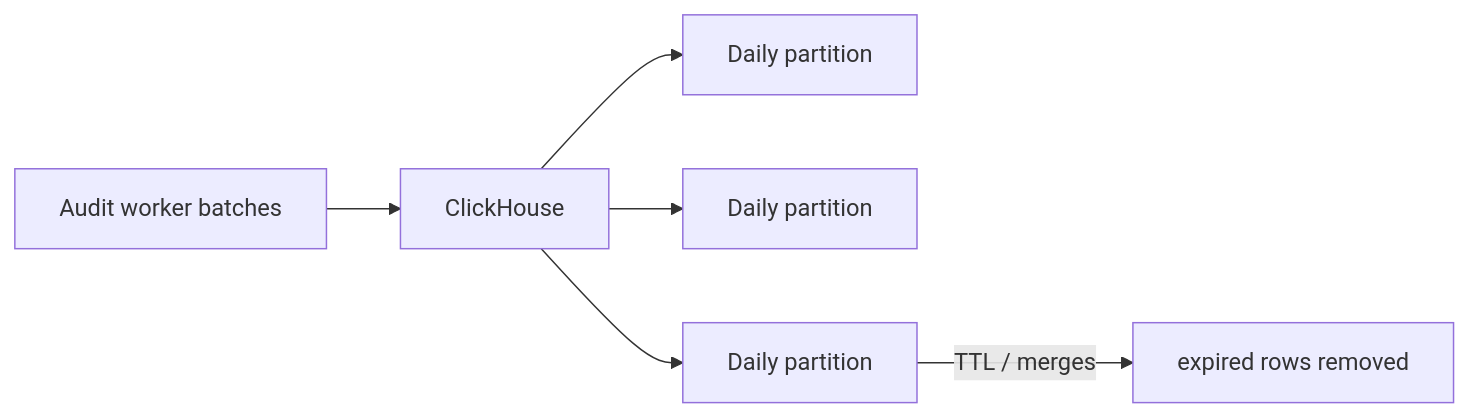
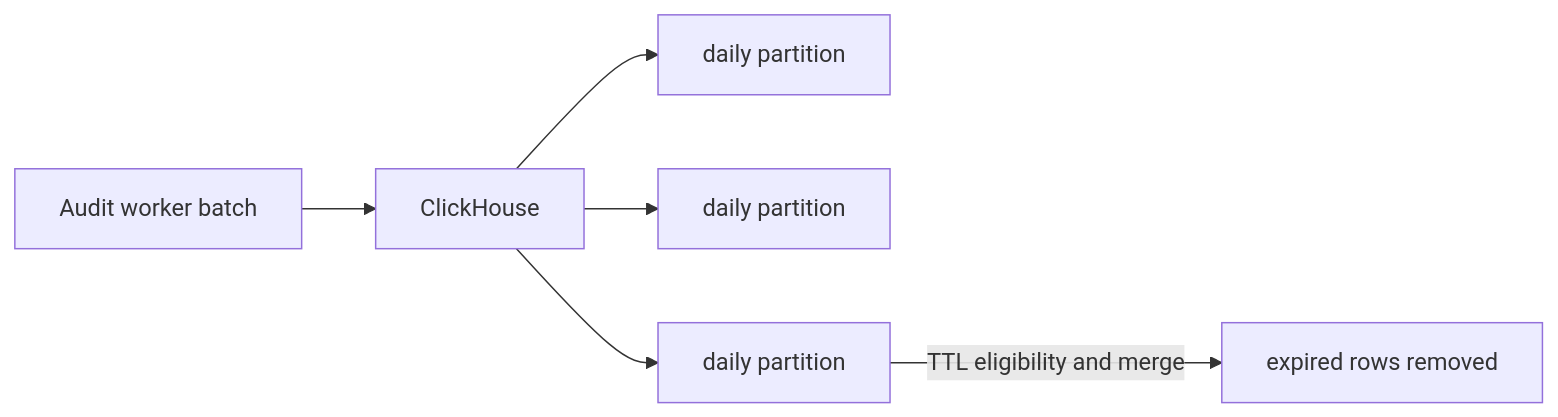
Diagram 15 of 21 in docs/ARCHITECTURE.md (Jstarzz/geotagger), drawn with Mermaid before and after one commit. The commit also changed other lines of this file, not shown here.

Commit message:
docs: replace architecture diagrams with GitHub-safe Mermaid

````diff
--- a/docs/ARCHITECTURE.md
+++ b/docs/ARCHITECTURE.md
@@ -569,8 +340,8 @@
 ```mermaid
 flowchart LR
-    WORKER[Audit worker batches] --> CH[ClickHouse]
-    CH --> P1[Daily partition]
-    CH --> P2[Daily partition]
-    CH --> PN[Daily partition]
-    PN -->|TTL / merges| DELETE[expired rows removed]
+    WORKER["Audit worker batch"] --> CH["ClickHouse"]
+    CH --> P1["daily partition"]
+    CH --> P2["daily partition"]
+    CH --> PN["daily partition"]
+    PN -->|"TTL eligibility and merge"| DELETE["expired rows removed"]
 ```
````
